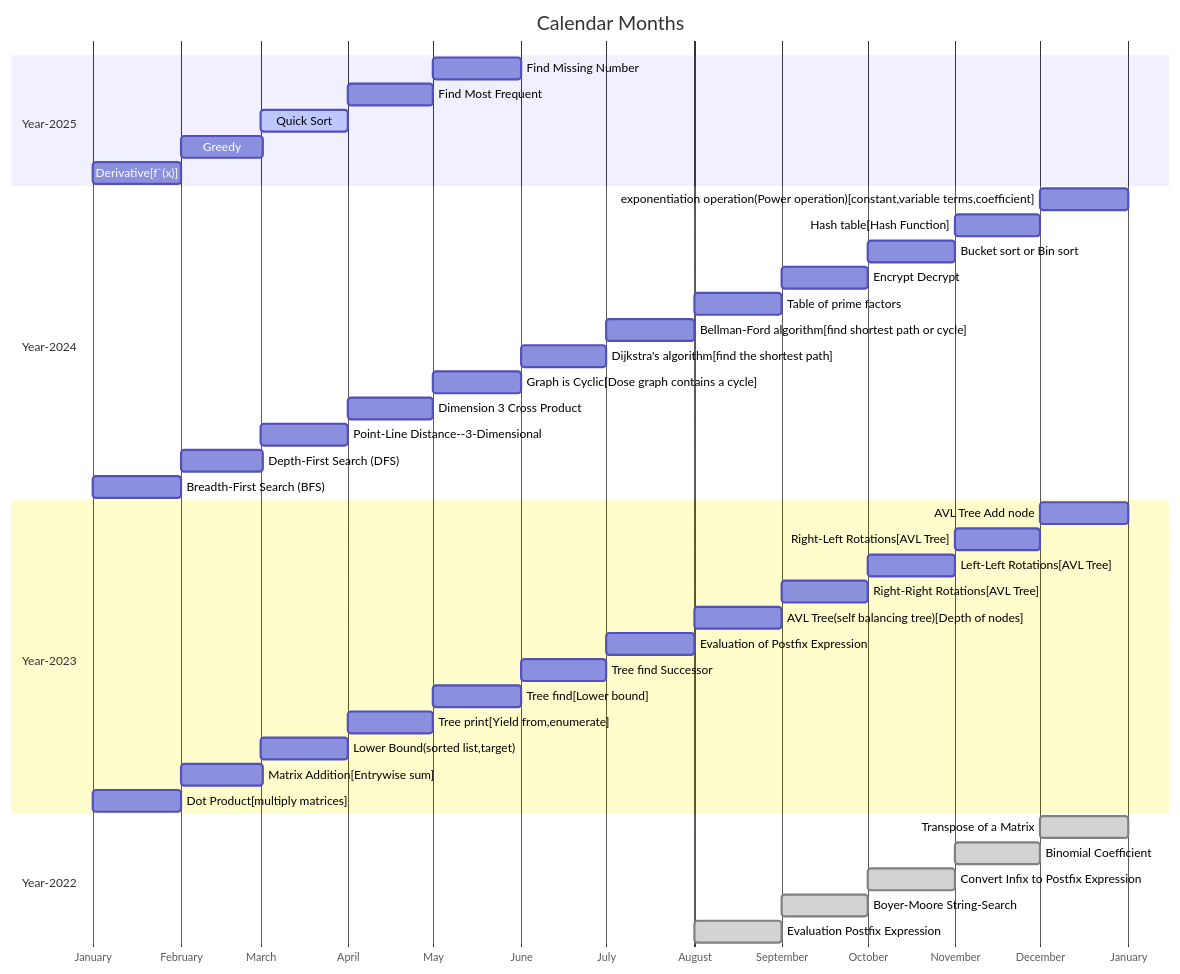
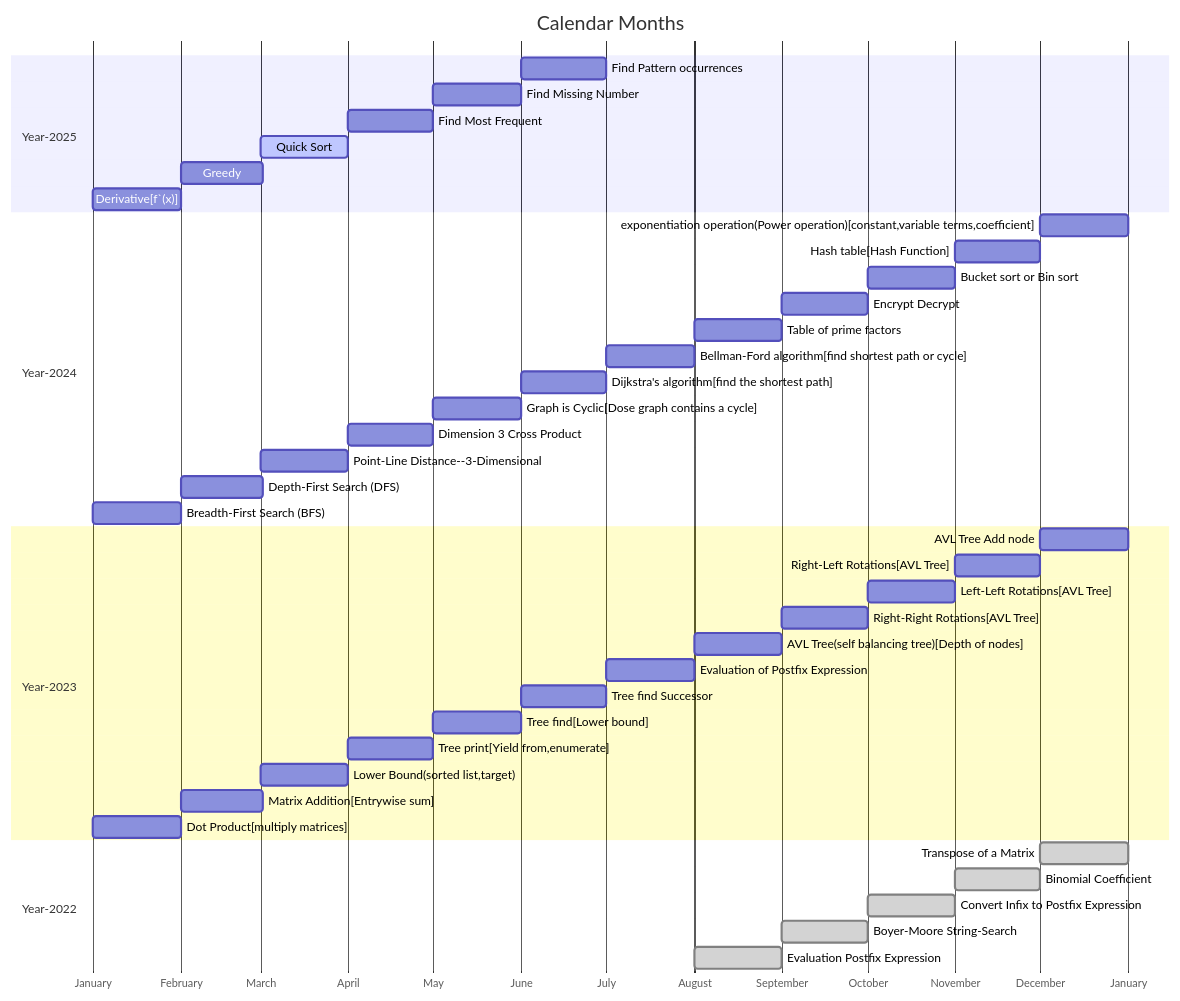
The diagram in src/calendar.md (softtiny/docs.calendar), drawn with Mermaid before and after one commit. The commit also changed 2 other files, not shown here.

````diff
--- a/src/calendar.md
+++ b/src/calendar.md
@@ -2,45 +2,46 @@
 ```mermaid
 
 gantt
     title Calendar Months
     dateFormat MM-DD
     axisFormat %B
     section Year-2025
+        Find Pattern occurrences :06-01, 30d
         Find Missing Number :05-01, 31d
         Find Most Frequent :04-01, 30d
         Quick Sort      :active, 03-01, 31d
         Greedy          :02-01, 29d
         Derivative[f`(x)]          :01-01, 31d
     section Year-2024
         exponentiation operation(Power operation)[constant,variable terms,coefficient]  :12-01, 31d
         Hash table[Hash Function]  :11-01, 30d
         Bucket sort or Bin sort  :10-01, 31d
         Encrypt Decrypt  :09-01, 30d
         Table of prime factors  :08-01, 31d
         Bellman-Ford algorithm[find shortest path or cycle] :07-01, 31d
         Dijkstra's algorithm[find the shortest path] :06-01, 30d
         Graph is Cyclic[Dose graph contains a cycle]  :05-01, 31d
         Dimension 3 Cross Product  :04-01, 30d
         Point-Line Distance--3-Dimensional  :03-01, 31d
         Depth-First Search (DFS)          :02-01, 29d
         Breadth-First Search (BFS)          :01-01, 31d
     section Year-2023
         AVL Tree Add node :12-01, 31d
         Right-Left Rotations[AVL Tree] :11-01, 30d
         Left-Left Rotations[AVL Tree] :10-01, 31d
         Right-Right Rotations[AVL Tree] :09-01, 30d
         AVL Tree(self balancing tree)[Depth of nodes] :08-01, 31d
         Evaluation of Postfix Expression :07-01, 31d
         Tree find Successor :06-01, 30d
         Tree find[Lower bound] :05-01, 31d
         Tree print[Yield from,enumerate] :04-01, 30d
         Lower Bound(sorted list,target) :03-01, 31d
         Matrix Addition[Entrywise sum] :02-01, 29d
         Dot Product[multiply matrices] :01-01, 31d
     section Year-2022
         Transpose of a Matrix :done, 12-01, 31d
         Binomial Coefficient :done, 11-01, 30d
         Convert Infix to Postfix Expression :done, 10-01, 31d
         Boyer-Moore String-Search :done, 09-01, 30d
         Evaluation Postfix Expression :done, 08-01, 31d
 ```
````
